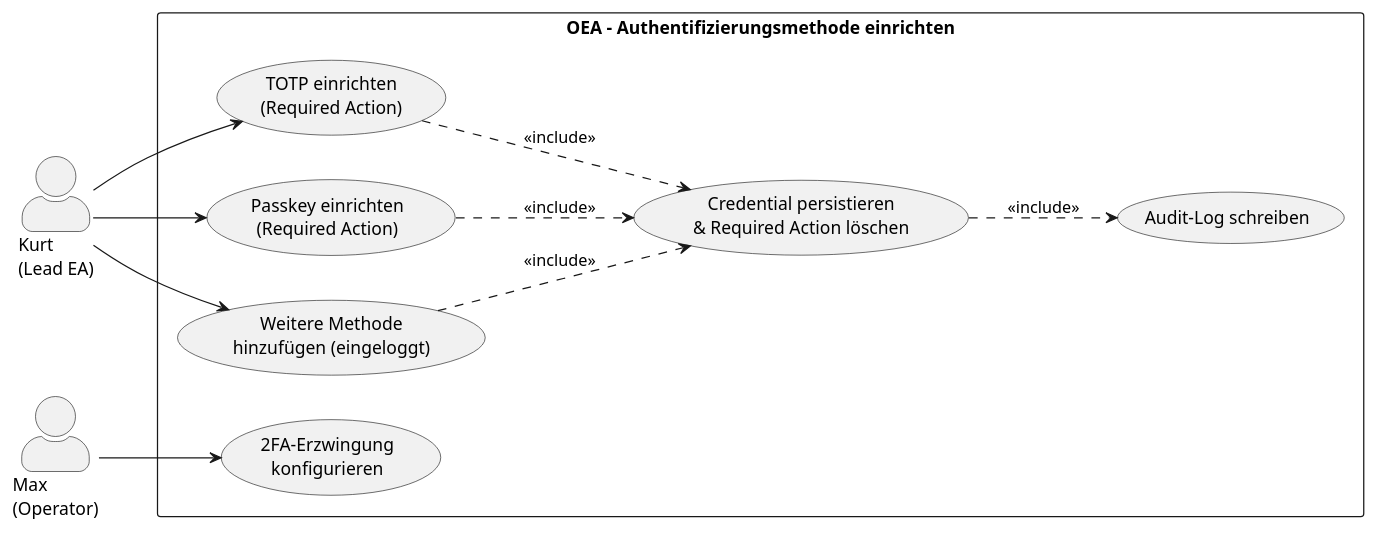
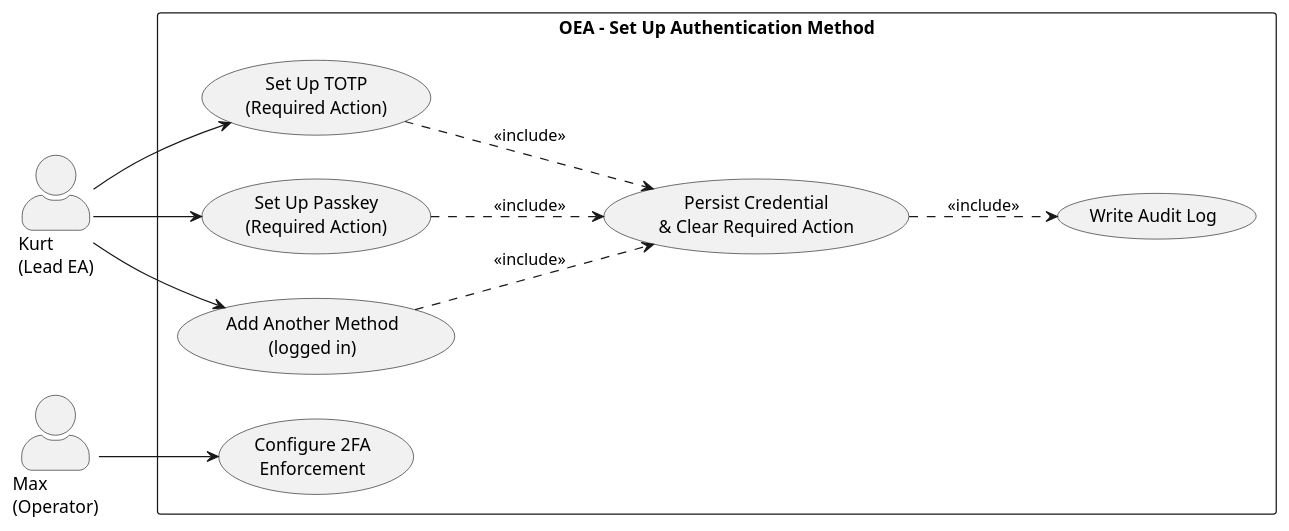
The diagram in requirements/use-cases/UC-03-set-up-authentication-method.md (open-enterprise-architecture/OEA), drawn with PlantUML before and after one commit. The commit also changed other lines of this file and 630 other files, not shown here.

````diff
--- a/requirements/use-cases/UC-03-set-up-authentication-method.md
+++ b/requirements/use-cases/UC-03-set-up-authentication-method.md
@@ -30,28 +30,28 @@
 ```plantuml
-@startuml UC-03-AuthMethode
+@startuml UC-03-AuthMethod
 left to right direction
 skinparam actorStyle awesome
 
 actor "Kurt\n(Lead EA)" as Kurt
 actor "Max\n(Operator)" as Max
 
-rectangle "OEA – Authentifizierungsmethode einrichten" {
-  usecase "TOTP einrichten\n(Required Action)" as UC_TOTP
-  usecase "Passkey einrichten\n(Required Action)" as UC_Passkey
-  usecase "Weitere Methode\nhinzufügen (eingeloggt)" as UC_Extra
-  usecase "2FA-Erzwingung\nkonfigurieren" as UC_2FA
-  usecase "Credential persistieren\n& Required Action löschen" as UC_Cred
-  usecase "Audit-Log schreiben" as UC_Audit
+rectangle "OEA – Set Up Authentication Method" {
+  usecase "Set Up TOTP\n(Required Action)" as UC_TOTP
+  usecase "Set Up Passkey\n(Required Action)" as UC_Passkey
+  usecase "Add Another Method\n(logged in)" as UC_Extra
+  usecase "Configure 2FA\nEnforcement" as UC_2FA
+  usecase "Persist Credential\n& Clear Required Action" as UC_Cred
+  usecase "Write Audit Log" as UC_Audit
 }
 
 Kurt --> UC_TOTP
 Kurt --> UC_Passkey
 Kurt --> UC_Extra
 Max --> UC_2FA
 
 UC_TOTP ..> UC_Cred : <<include>>
 UC_Passkey ..> UC_Cred : <<include>>
 UC_Extra ..> UC_Cred : <<include>>
 UC_Cred ..> UC_Audit : <<include>>
 @enduml
 ```
````
